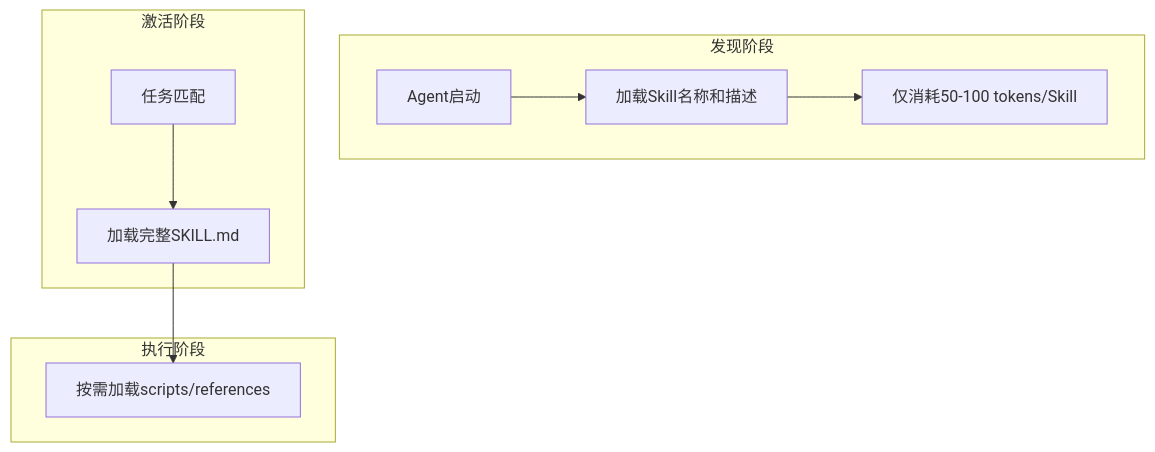
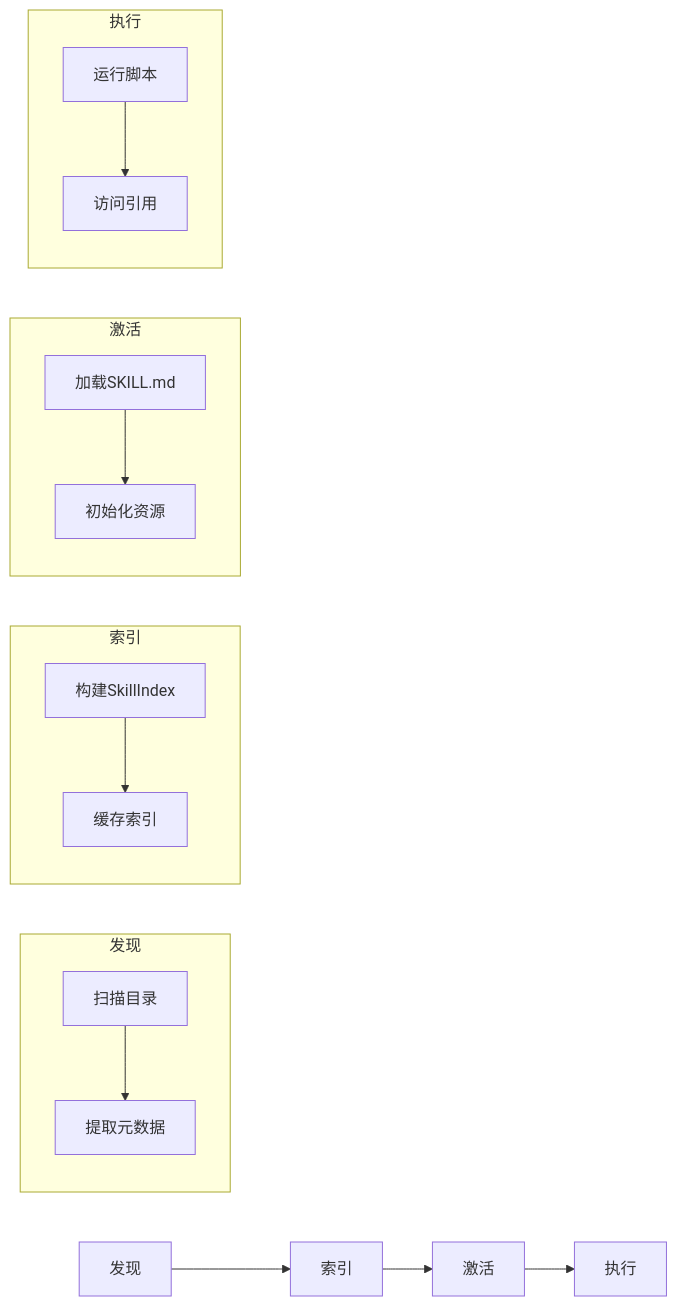
The second of 2 diagrams in progress/TECH-SKILL.md (MiyakoMeow/neco), drawn with Mermaid before and after one commit. The commit also changed other lines of this file and 11 other files, not shown here.

````diff
--- a/progress/TECH-SKILL.md
+++ b/progress/TECH-SKILL.md
@@ -23,15 +52,22 @@
 ```mermaid
-graph TB
-    subgraph "发现阶段"
-        D[Agent启动] --> D1[加载Skill名称和描述]
-        D1 --> D2[仅消耗50-100 tokens/Skill]
+flowchart LR
+    D[发现] --> I[索引]
+    I --> A[激活]
+    A --> E[执行]
+    
+    subgraph 发现
+        D1[扫描目录] --> D2[提取元数据]
     end
     
-    subgraph "激活阶段"
-        T[任务匹配] --> A[加载完整SKILL.md]
+    subgraph 索引
+        I1[构建SkillIndex] --> I2[缓存索引]
     end
     
-    subgraph "执行阶段"
-        A --> E[按需加载scripts/references]
+    subgraph 激活
+        A1[加载SKILL.md] --> A2[初始化资源]
+    end
+    
+    subgraph 执行
+        E1[运行脚本] --> E2[访问引用]
     end
 ```
````
